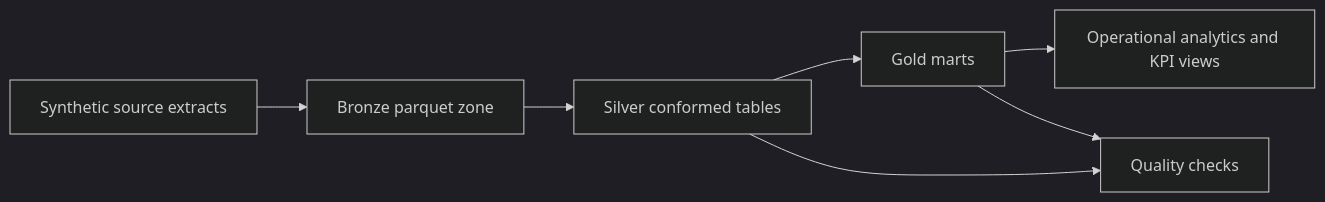
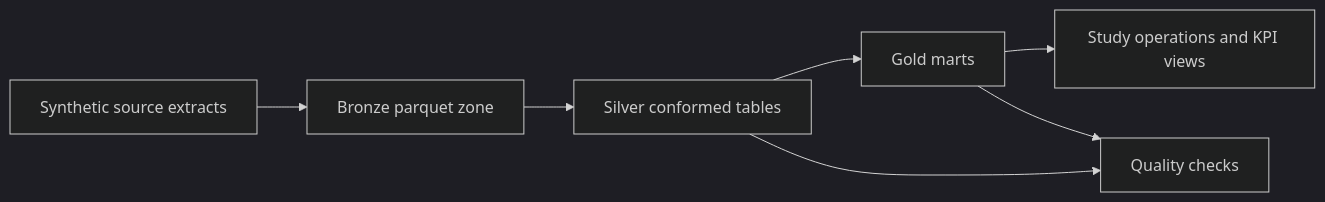
One commit to rohitsagar363/clinical-trial-lakehouse-observatory changed the diagram in README.md. Above: the diagram before and after it, drawn with Mermaid (dark theme). The commit also changed other lines of this file, not shown here.

````diff
--- a/README.md
+++ b/README.md
@@ -17,9 +17,9 @@
 ```mermaid
 flowchart LR
   A["Synthetic source extracts"] --> B["Bronze parquet zone"]
   B --> C["Silver conformed tables"]
   C --> D["Gold marts"]
-  D --> E["Operational analytics and KPI views"]
+  D --> E["Study operations and KPI views"]
   C --> F["Quality checks"]
   D --> F
 ```
````
